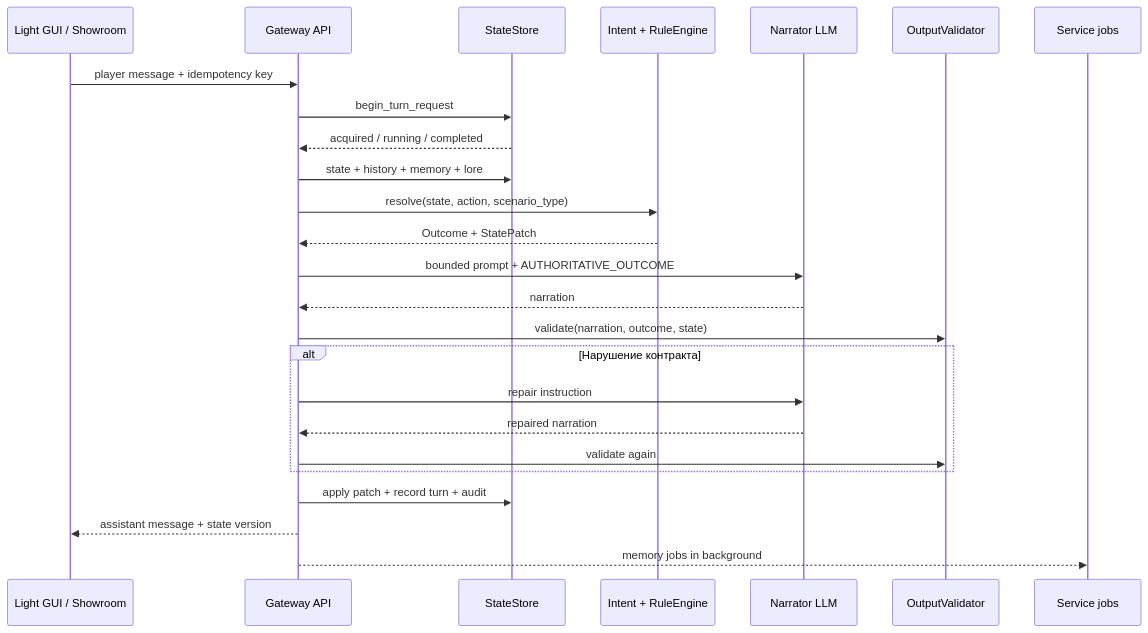
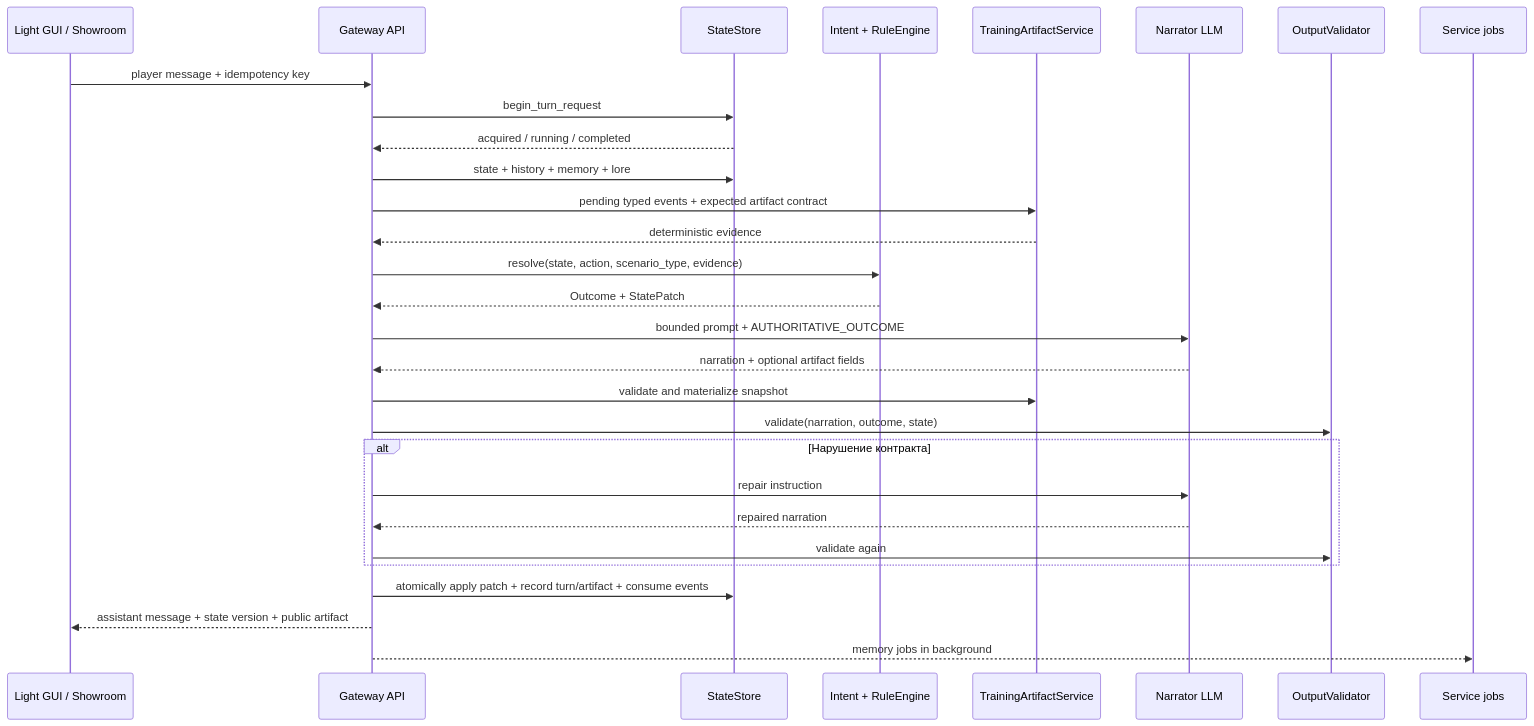
One commit to abykovwww-byte/ubuntu_ansible_palybooks changed the first of 2 diagrams in docs/wiki/03-turn-lifecycle.md. Above: the diagram before and after it, drawn with Mermaid. The commit also changed other lines of this file and 53 other files, not shown here.

````diff
--- a/docs/wiki/03-turn-lifecycle.md
+++ b/docs/wiki/03-turn-lifecycle.md
@@ -7,28 +7,32 @@
 ```mermaid
 sequenceDiagram
     participant UI as Light GUI / Showroom
     participant API as Gateway API
     participant Store as StateStore
     participant Rules as Intent + RuleEngine
+    participant Art as TrainingArtifactService
     participant LLM as Narrator LLM
     participant Val as OutputValidator
     participant Jobs as Service jobs
 
     UI->>API: player message + idempotency key
     API->>Store: begin_turn_request
     Store-->>API: acquired / running / completed
     API->>Store: state + history + memory + lore
-    API->>Rules: resolve(state, action, scenario_type)
+    API->>Art: pending typed events + expected artifact contract
+    Art-->>API: deterministic evidence
+    API->>Rules: resolve(state, action, scenario_type, evidence)
     Rules-->>API: Outcome + StatePatch
     API->>LLM: bounded prompt + AUTHORITATIVE_OUTCOME
-    LLM-->>API: narration
+    LLM-->>API: narration + optional artifact fields
+    API->>Art: validate and materialize snapshot
     API->>Val: validate(narration, outcome, state)
     alt Нарушение контракта
         API->>LLM: repair instruction
         LLM-->>API: repaired narration
         API->>Val: validate again
     end
-    API->>Store: apply patch + record turn + audit
-    API-->>UI: assistant message + state version
+    API->>Store: atomically apply patch + record turn/artifact + consume events
+    API-->>UI: assistant message + state version + public artifact
     API-->>Jobs: memory jobs in background
 ```
````
